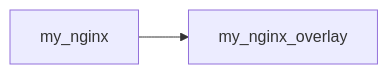
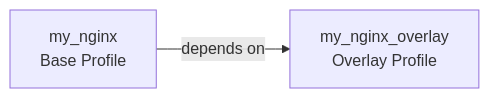
Before and after one commit to mitre/saf-training: the diagram in src/inspec-training/beginner/10.md, drawn with Mermaid. The commit also changed 2 other files, not shown here.

Commit message:
refactor: improve mermaid diagrams for better readability
Simplify mermaid diagrams to use default themes for proper light/dark mode:
- Remove custom mermaid theme config - use defaults
- Beginner/10: Simplified overlay diagram (2 boxes, clear relationship)
- Profile-dev/15: Added subgraph grouping for workflow phases
  - 5 clear phases: Setup, Configure, Test, Record, Validate
  - Linear flow with decision point at end
  - Pass/Fail outcomes clearly marked

Diagrams now readable in both light and dark modes without custom styling.

Authored by: Aaron Lippold<lippold@gmail.com>

````diff
--- a/src/inspec-training/beginner/10.md
+++ b/src/inspec-training/beginner/10.md
@@ -16,4 +16,4 @@
 ```mermaid
 flowchart LR
-    my_nginx[my_nginx] --> my_nginx_overlay[my_nginx_overlay]
+    nginx[my_nginx<br/>Base Profile] -->|depends on| overlay[my_nginx_overlay<br/>Overlay Profile]
 ```
````
